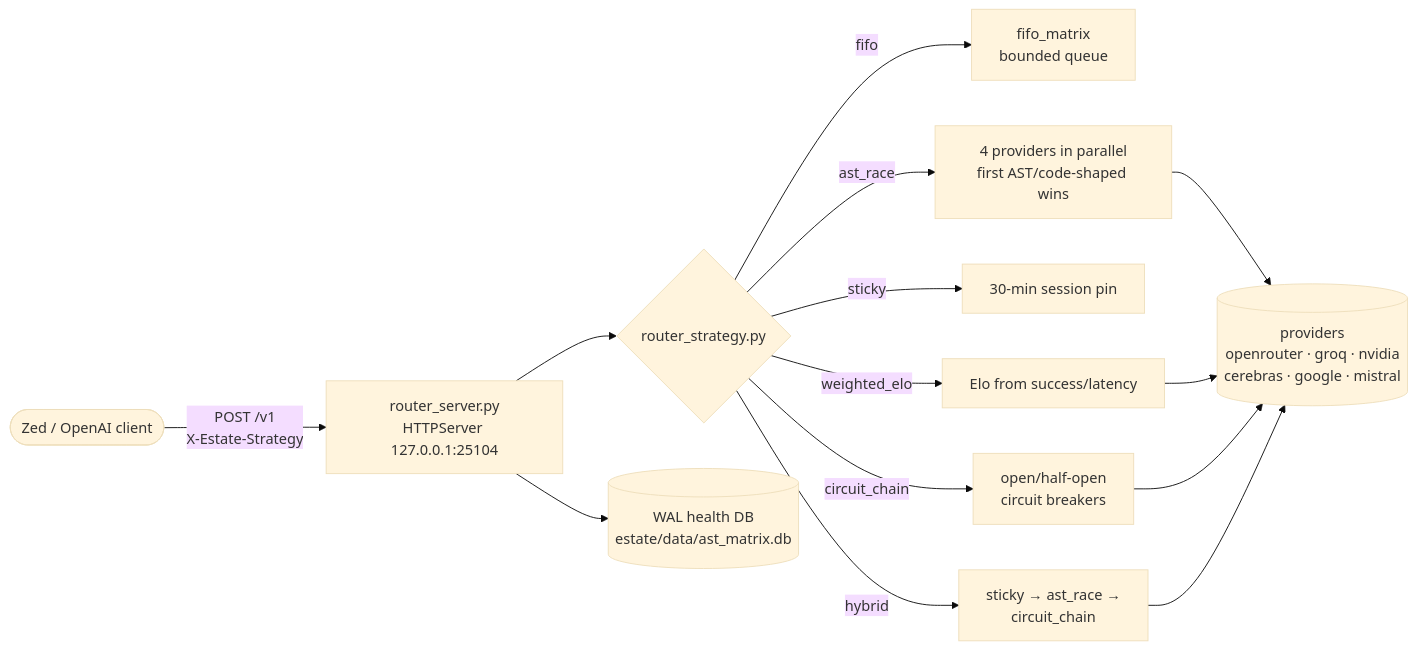
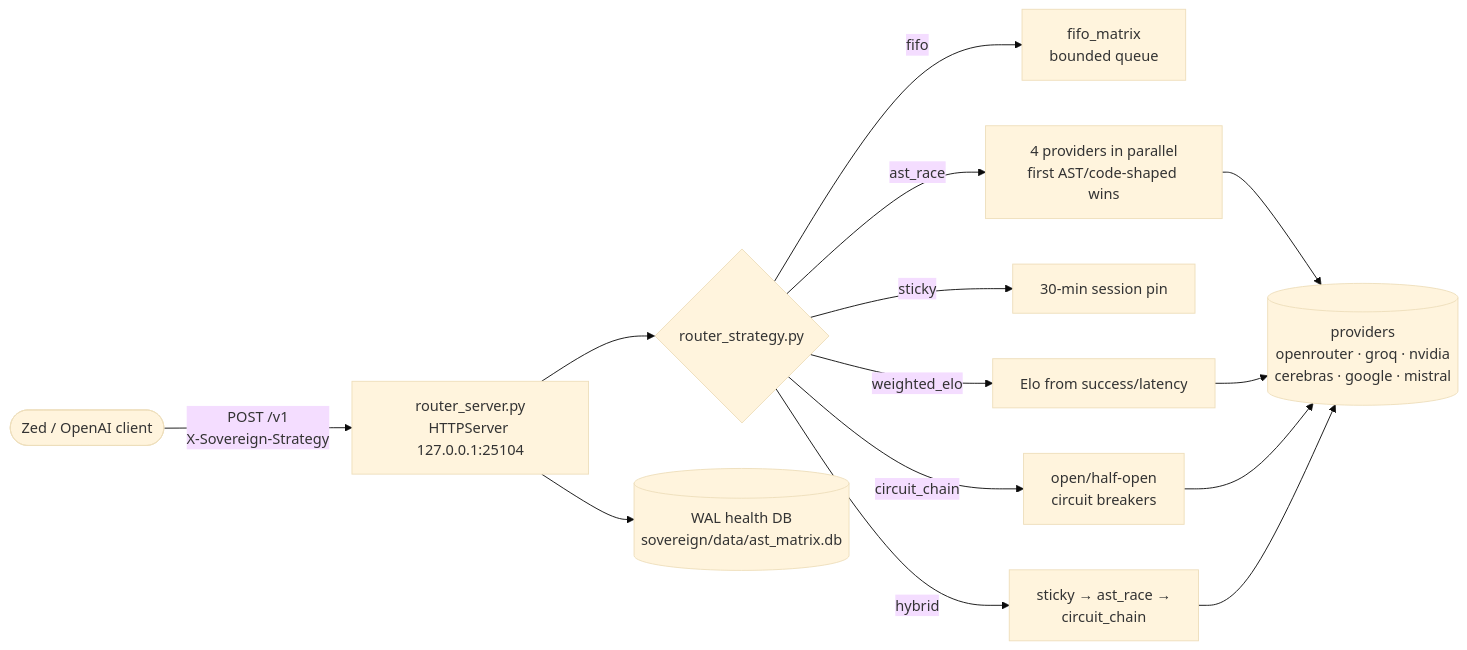
The diagram in router/flock-py/README.md (toxicwind/forge), drawn with Mermaid (base theme) before and after one commit. The commit also changed other lines of this file and 2942 other files, not shown here.

````diff
--- a/router/flock-py/README.md
+++ b/router/flock-py/README.md
@@ -13,16 +13,16 @@
 ```mermaid
 flowchart LR
-    zed([Zed / OpenAI client]) -->|"POST /v1<br/>X-Estate-Strategy"| rs["router_server.py<br/>HTTPServer 127.0.0.1:25104"]
+    zed([Zed / OpenAI client]) -->|"POST /v1<br/>X-Sovereign-Strategy"| rs["router_server.py<br/>HTTPServer 127.0.0.1:25104"]
     rs --> strat{"router_strategy.py"}
     strat -->|fifo| q["fifo_matrix<br/>bounded queue"]
     strat -->|ast_race| race["4 providers in parallel<br/>first AST/code-shaped wins"]
     strat -->|sticky| pin["30-min session pin"]
     strat -->|weighted_elo| elo["Elo from success/latency"]
     strat -->|circuit_chain| cb["open/half-open<br/>circuit breakers"]
     strat -->|hybrid| hyb["sticky → ast_race →<br/>circuit_chain"]
     race --> prov[(providers<br/>openrouter · groq · nvidia<br/>cerebras · google · mistral)]
     elo --> prov
     cb --> prov
     hyb --> prov
-    rs --> db[("WAL health DB<br/>estate/data/ast_matrix.db")]
+    rs --> db[("WAL health DB<br/>sovereign/data/ast_matrix.db")]
 ```
````
